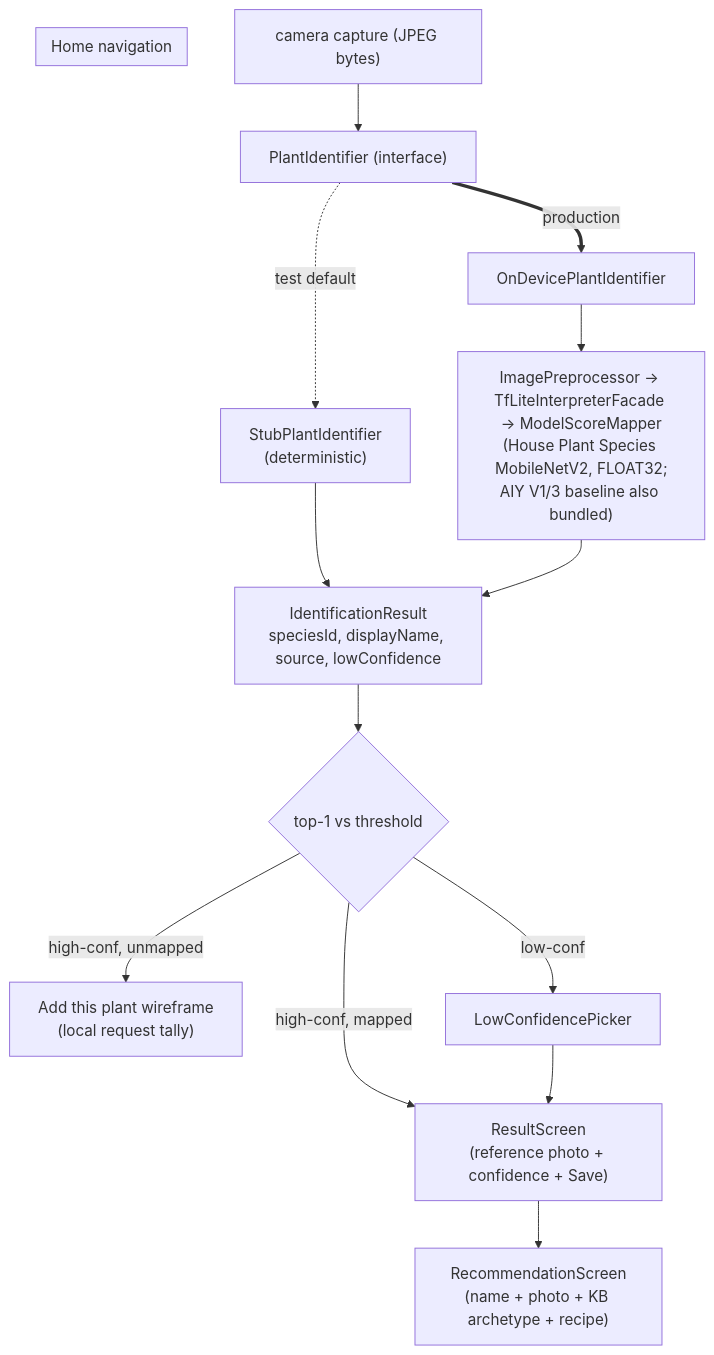
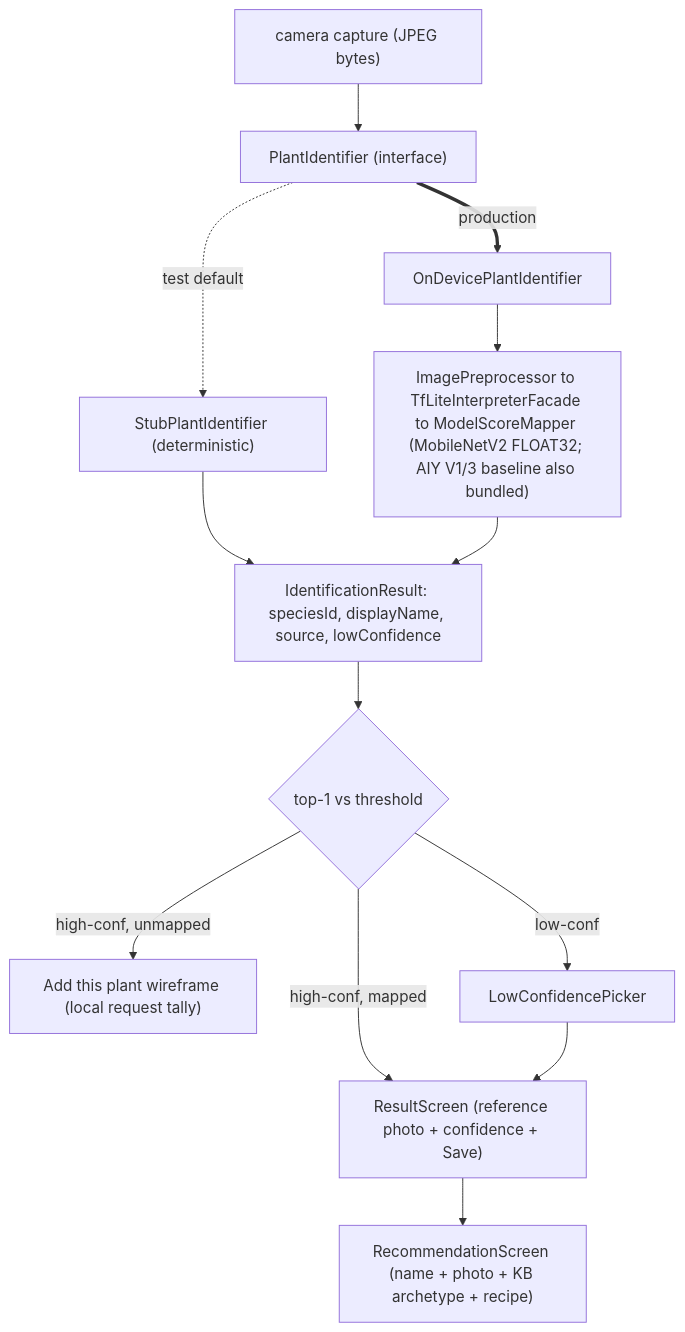
Before and after one commit to PepJr100/plant-potting: the second of 2 diagrams in README.md, drawn with Mermaid. The commit also changed other lines of this file, not shown here.

Commit message:
Fix Mermaid render on GitHub: drop HTML labels + Home-nav subgraph
GitHub renders Mermaid with htmlLabels disabled (its security default), so the
<br/> tags in node labels broke its renderer with "Cannot read properties of
undefined (reading 'render')" — even though the diagrams parsed fine locally
(parse != render). Removed all HTML from labels (single-line text instead of
<br/>), and dropped the Home-navigation subgraph per product call. Verified by
rendering both blocks headlessly with mermaid-cli configured htmlLabels:false
(GitHub-equivalent) — both produce valid SVG.

````diff
--- a/README.md
+++ b/README.md
@@ -109,18 +109,15 @@
 ```mermaid
 flowchart TD
     CAM["camera capture (JPEG bytes)"] --> PI["PlantIdentifier (interface)"]
-    PI -.->|"test default"| STUB["StubPlantIdentifier<br/>(deterministic)"]
+    PI -.->|"test default"| STUB["StubPlantIdentifier (deterministic)"]
     PI ==>|"production"| OD["OnDevicePlantIdentifier"]
-    OD --> PIPE["ImagePreprocessor → TfLiteInterpreterFacade → ModelScoreMapper<br/>(House Plant Species MobileNetV2, FLOAT32;<br/>AIY V1/3 baseline also bundled)"]
+    OD --> PIPE["ImagePreprocessor to TfLiteInterpreterFacade to ModelScoreMapper (MobileNetV2 FLOAT32; AIY V1/3 baseline also bundled)"]
     STUB --> IR
-    PIPE --> IR["IdentificationResult<br/>speciesId, displayName, source, lowConfidence"]
+    PIPE --> IR["IdentificationResult: speciesId, displayName, source, lowConfidence"]
     IR --> RT{"top-1 vs threshold"}
-    RT -->|"high-conf, mapped"| RES["ResultScreen<br/>(reference photo + confidence + Save)"]
-    RT -->|"high-conf, unmapped"| ADD["Add this plant wireframe<br/>(local request tally)"]
+    RT -->|"high-conf, mapped"| RES["ResultScreen (reference photo + confidence + Save)"]
+    RT -->|"high-conf, unmapped"| ADD["Add this plant wireframe (local request tally)"]
     RT -->|"low-conf"| LCP["LowConfidencePicker"]
     LCP --> RES
-    RES --> REC["RecommendationScreen<br/>(name + photo + KB archetype + recipe)"]
-
-    subgraph NAV ["Home navigation"]
-    end
+    RES --> REC["RecommendationScreen (name + photo + KB archetype + recipe)"]
 ```
````
